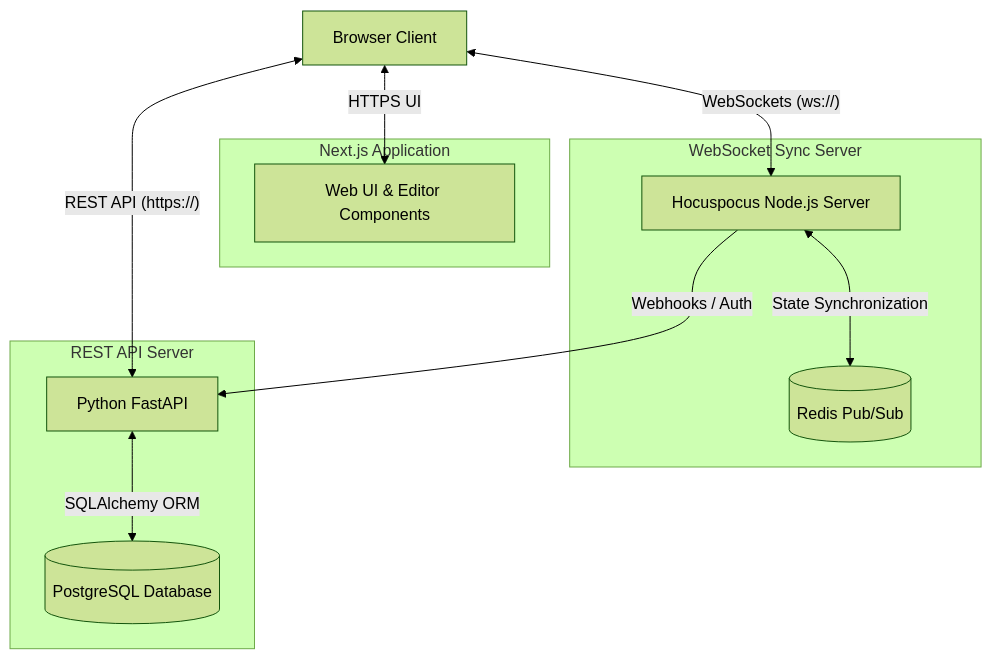
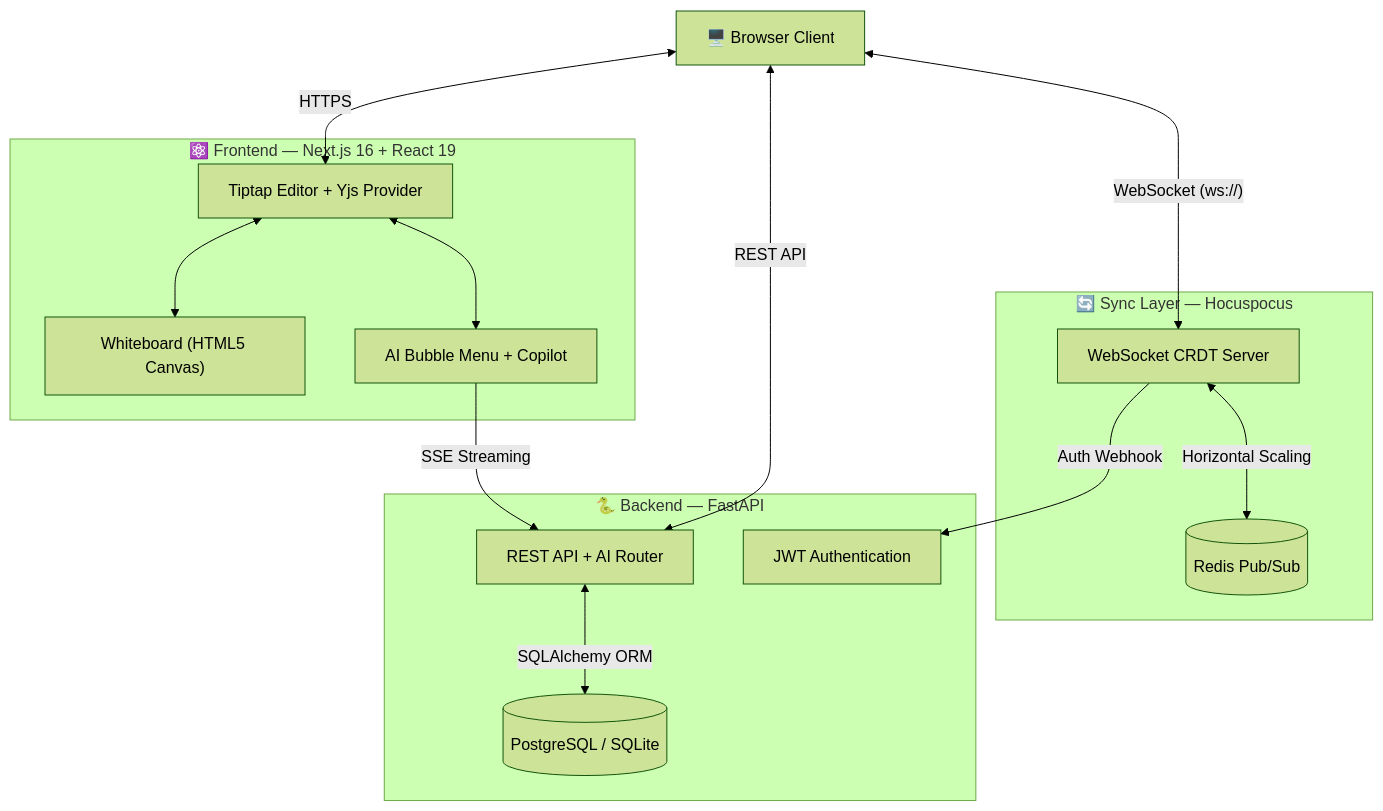
One commit to Panchadip-128/Syncpad-Distributed-State-Synchronization-Engine changed the first of 4 diagrams in README.md. Above: the diagram before and after it, drawn with Mermaid (forest theme). The commit also changed other lines of this file, not shown here.

Commit message:
docs: comprehensive README with architecture diagrams, feature matrix, tech stack, deployment guides, and AI benchmarks

````diff
--- a/README.md
+++ b/README.md
@@ -33,27 +137,33 @@
 ```mermaid
 graph TD
-    Client[Browser Client]
+    Client["🖥️ Browser Client"]
     
-    subgraph Frontend [Next.js Application]
-        Web[Web UI & Editor Components]
+    subgraph Frontend ["⚛️ Frontend — Next.js 16 + React 19"]
+        Web["Tiptap Editor + Yjs Provider"]
+        WB["Whiteboard (HTML5 Canvas)"]
+        AI_UI["AI Bubble Menu + Copilot"]
     end
     
-    subgraph RealTime [WebSocket Sync Server]
-        HP[Hocuspocus Node.js Server]
-        Redis[(Redis Pub/Sub)]
+    subgraph Sync ["🔄 Sync Layer — Hocuspocus"]
+        HP["WebSocket CRDT Server"]
+        Redis[("Redis Pub/Sub")]
     end
     
-    subgraph Backend [REST API Server]
-        Fast[Python FastAPI]
-        DB[(PostgreSQL Database)]
+    subgraph Backend ["🐍 Backend — FastAPI"]
+        API["REST API + AI Router"]
+        Auth["JWT Authentication"]
+        DB[("PostgreSQL / SQLite")]
     end
 
-    Client <-->|"HTTPS UI"| Web
-    Client <-->|"WebSockets (ws://)"| HP
-    Client <-->|"REST API (https://)"| Fast
+    Client <-->|"HTTPS"| Web
+    Client <-->|"WebSocket (ws://)"| HP
+    Web <--> WB
+    Web <--> AI_UI
     
-    HP <-->|"State Synchronization"| Redis
-    HP -->|"Webhooks / Auth"| Fast
+    HP <-->|"Horizontal Scaling"| Redis
+    HP -->|"Auth Webhook"| Auth
     
-    Fast <-->|"SQLAlchemy ORM"| DB
+    AI_UI -->|"SSE Streaming"| API
+    Client <-->|"REST API"| API
+    API <-->|"SQLAlchemy ORM"| DB
 ```
````
